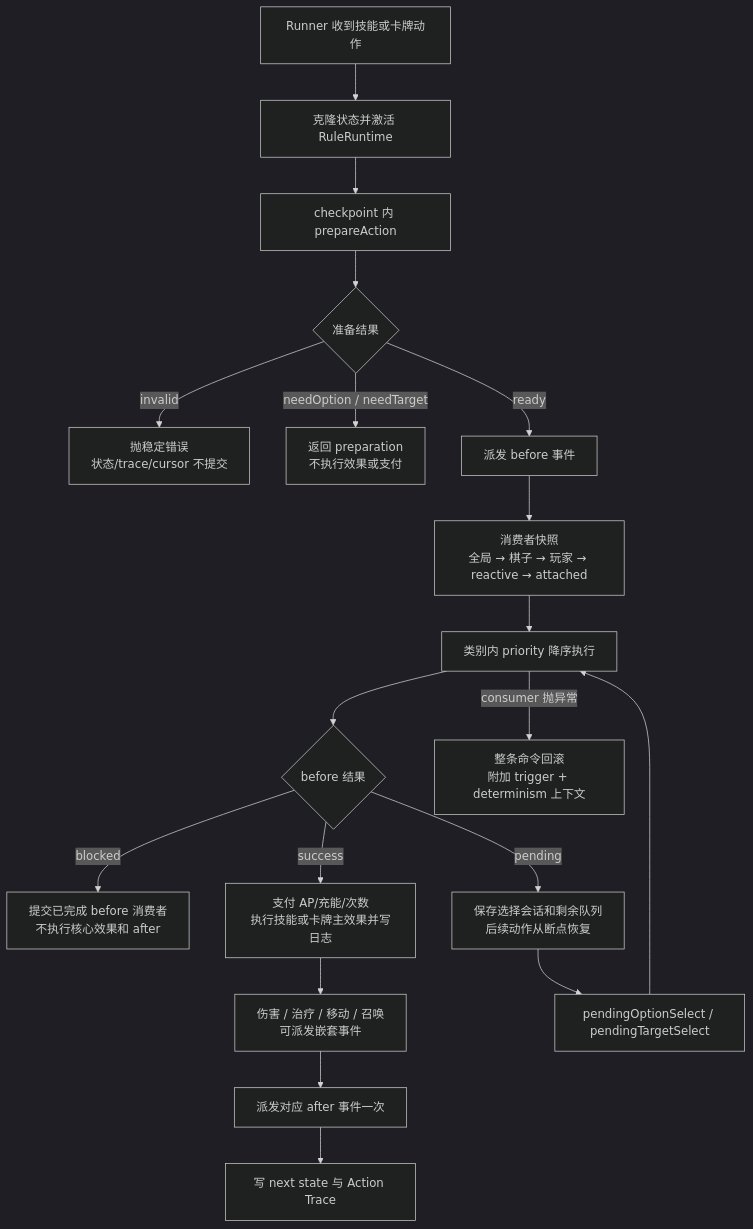
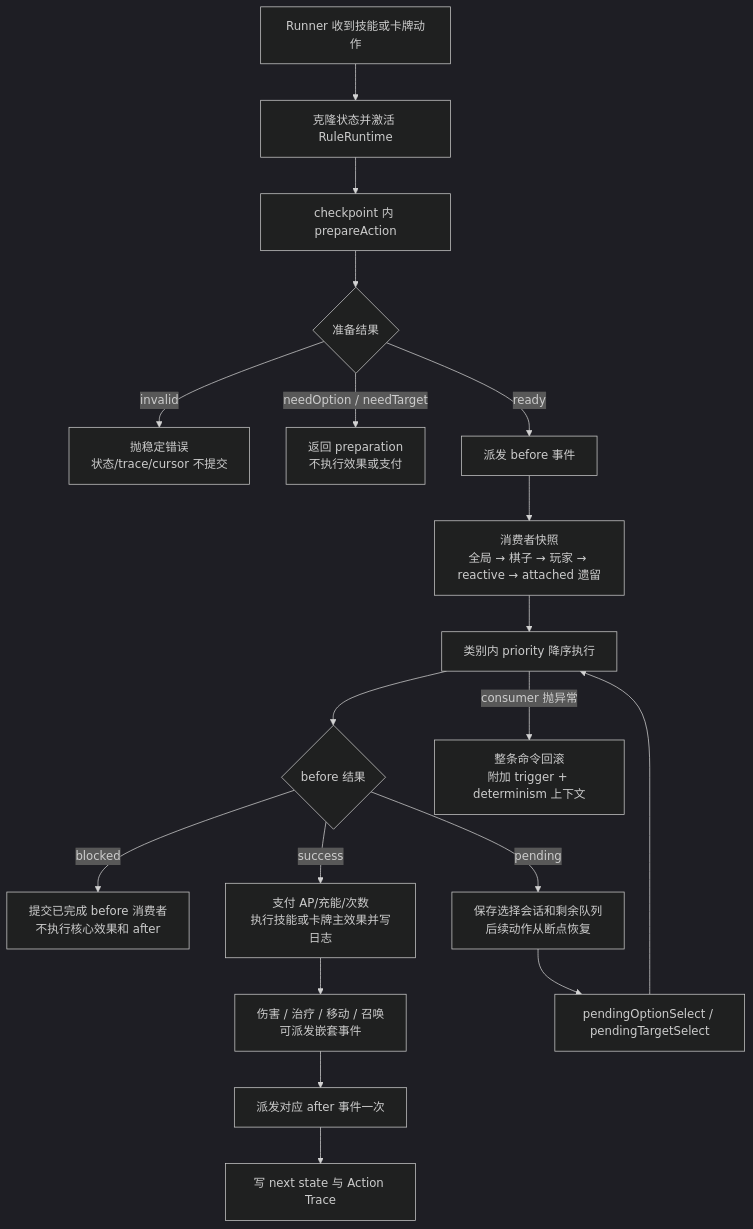
One commit to longaadream/Red_VS_Blue changed the fourth of 5 diagrams in docs/technical/GAME_LOGIC_SYSTEM.md. Above: the diagram before and after it, drawn with Mermaid (dark theme). The commit also changed other lines of this file, not shown here.

````diff
--- a/docs/technical/GAME_LOGIC_SYSTEM.md
+++ b/docs/technical/GAME_LOGIC_SYSTEM.md
@@ -366,21 +383,21 @@
 ```mermaid
 flowchart TD
   Action["Runner 收到技能或卡牌动作"] --> Clone["克隆状态并激活 RuleRuntime"]
   Clone --> Query["checkpoint 内 prepareAction"]
   Query --> Prepared{"准备结果"}
   Prepared -->|invalid| Reject["抛稳定错误<br/>状态/trace/cursor 不提交"]
   Prepared -->|needOption / needTarget| Select["返回 preparation<br/>不执行效果或支付"]
   Prepared -->|ready| Before["派发 before 事件"]
-  Before --> Queue["消费者快照<br/>全局 → 棋子 → 玩家 → reactive → attached"]
+  Before --> Queue["消费者快照<br/>全局 → 棋子 → 玩家 → reactive → attached 遗留"]
   Queue --> Execute["类别内 priority 降序执行"]
   Execute --> Outcome{"before 结果"}
   Outcome -->|blocked| Blocked["提交已完成 before 消费者<br/>不执行核心效果和 after"]
   Outcome -->|pending| Pending["保存选择会话和剩余队列<br/>后续动作从断点恢复"]
   Outcome -->|success| Core["支付 AP/充能/次数<br/>执行技能或卡牌主效果并写日志"]
   Core --> Nested["伤害 / 治疗 / 移动 / 召唤<br/>可派发嵌套事件"]
   Nested --> After["派发对应 after 事件一次"]
   After --> Commit["写 next state 与 Action Trace"]
   Pending --> Resume["pendingOptionSelect / pendingTargetSelect"]
   Resume --> Execute
   Execute -->|consumer 抛异常| Rollback["整条命令回滚<br/>附加 trigger + determinism 上下文"]
 ```
````
